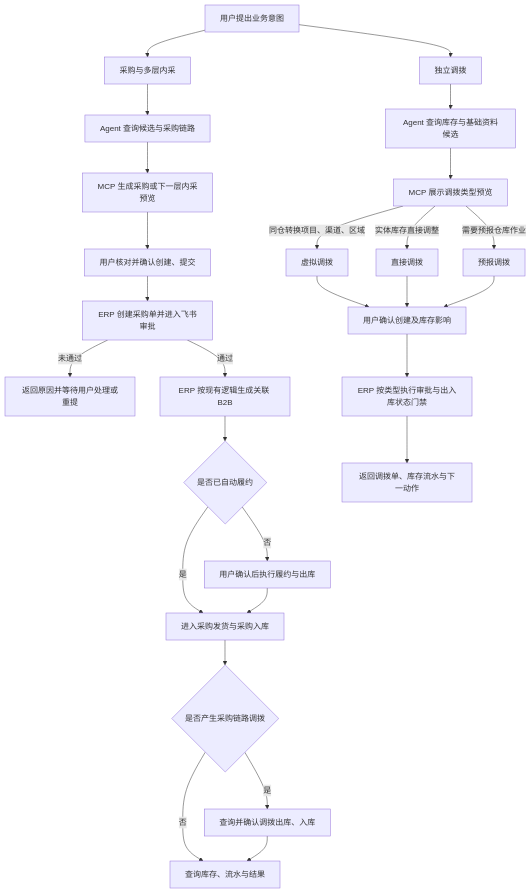
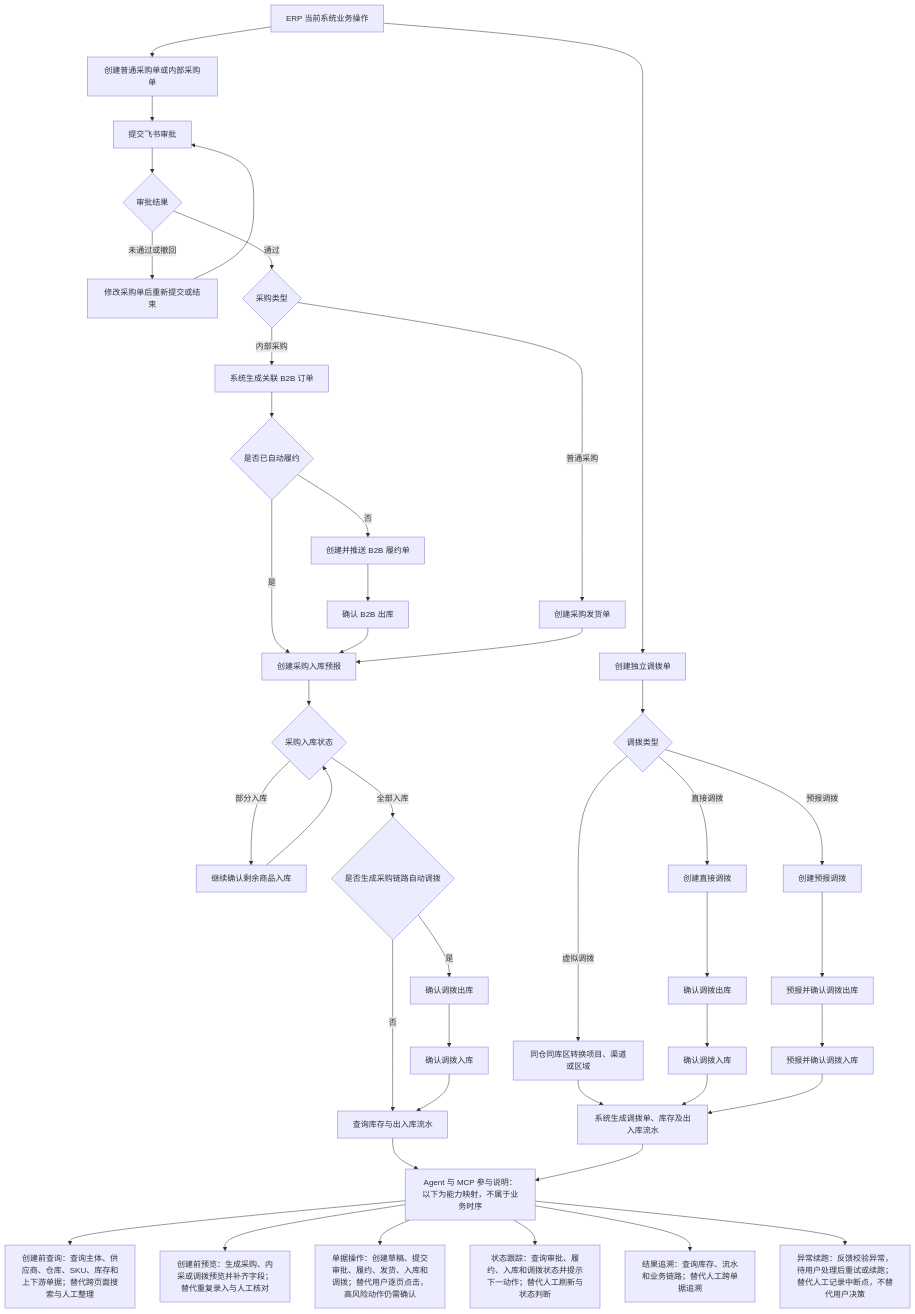
Before and after one commit to arlo-hello/erp-ai-docs-arlo: the diagram in docs/v0.28.7/tasks/0205/prd-feishu.md, drawn with Mermaid. The commit also changed other lines of this file, not shown here.

Commit message:
docs: ERP-205 update slice plan

````diff
--- a/docs/v0.28.7/tasks/0205/prd-feishu.md
+++ b/docs/v0.28.7/tasks/0205/prd-feishu.md
@@ -22,32 +22,49 @@
 ```mermaid
 flowchart TB
-  R[用户提出业务意图]
+  R[ERP 当前系统业务操作]
 
-  R --> P0[采购与多层内采]
-  P0 --> P1[Agent 查询候选与采购链路]
-  P1 --> P2[MCP 生成采购或下一层内采预览]
-  P2 --> P3[用户核对并确认创建、提交]
-  P3 --> P4[ERP 创建采购单并进入飞书审批]
-  P4 -->|未通过| P5[返回原因并等待用户处理或重提]
-  P4 -->|通过| P6[ERP 按现有逻辑生成关联 B2B]
+  R --> P0[创建普通采购单或内部采购单]
+  P0 --> P1[提交飞书审批]
+  P1 --> P2{审批结果}
+  P2 -->|未通过或撤回| P3[修改采购单后重新提交或结束]
+  P3 --> P1
+  P2 -->|通过| P4{采购类型}
+  P4 -->|普通采购| P5[创建采购发货单]
+  P4 -->|内部采购| P6[系统生成关联 B2B 订单]
   P6 --> P7{是否已自动履约}
-  P7 -->|否| P8[用户确认后执行履约与出库]
-  P7 -->|是| P9[进入采购发货与采购入库]
-  P8 --> P9
-  P9 --> P10{是否产生采购链路调拨}
-  P10 -->|是| P11[查询并确认调拨出库、入库]
-  P10 -->|否| P12[查询库存、流水与结果]
-  P11 --> P12
+  P7 -->|否| P8[创建并推送 B2B 履约单]
+  P8 --> P9[确认 B2B 出库]
+  P7 -->|是| P10[创建采购入库预报]
+  P9 --> P10
+  P5 --> P10
+  P10 --> P11{采购入库状态}
+  P11 -->|部分入库| P12[继续确认剩余商品入库]
+  P12 --> P11
+  P11 -->|全部入库| P13{是否生成采购链路自动调拨}
+  P13 -->|是| P14[确认调拨出库]
+  P14 --> P15[确认调拨入库]
+  P13 -->|否| P16[查询库存与出入库流水]
+  P15 --> P16
 
-  R --> T0[独立调拨]
-  T0 --> T1[Agent 查询库存与基础资料候选]
-  T1 --> T2[MCP 展示调拨类型预览]
-  T2 -->|同仓转换项目、渠道、区域| T3[虚拟调拨]
-  T2 -->|实体库存直接调整| T4[直接调拨]
-  T2 -->|需要预报仓库作业| T5[预报调拨]
-  T3 --> T6[用户确认创建及库存影响]
-  T4 --> T6
-  T5 --> T6
-  T6 --> T7[ERP 按类型执行审批与出入库状态门禁]
-  T7 --> T8[返回调拨单、库存流水与下一动作]
+  R --> T0[创建独立调拨单]
+  T0 --> T1{调拨类型}
+  T1 -->|虚拟调拨| T2[同仓同库区转换项目、渠道或区域]
+  T1 -->|直接调拨| T3[创建直接调拨]
+  T3 --> T4[确认调拨出库]
+  T4 --> T5[确认调拨入库]
+  T1 -->|预报调拨| T6[创建预报调拨]
+  T6 --> T7[预报并确认调拨出库]
+  T7 --> T8[预报并确认调拨入库]
+  T2 --> T9[系统生成调拨单、库存及出入库流水]
+  T5 --> T9
+  T8 --> T9
+
+  P16 --> A0[Agent 与 MCP 参与说明：以下为能力映射，不属于业务时序]
+  T9 --> A0
+  A0 --> A1[创建前查询：查询主体、供应商、仓库、SKU、库存和上下游单据；替代跨页面搜索与人工整理]
+  A0 --> A2[创建前预览：生成采购、内采或调拨预览并补齐字段；替代重复录入与人工核对]
+  A0 --> A3[单据操作：创建草稿、提交审批、履约、发货、入库和调拨；替代用户逐页点击，高风险动作仍需确认]
+  A0 --> A4[状态跟踪：查询审批、履约、入库和调拨状态并提示下一动作；替代人工刷新与状态判断]
+  A0 --> A5[结果追溯：查询库存、流水和业务链路；替代人工跨单据追溯]
+  A0 --> A6[异常续跑：反馈校验异常，待用户处理后重试或续跑；替代人工记录中断点，不替代用户决策]
 ```
````
